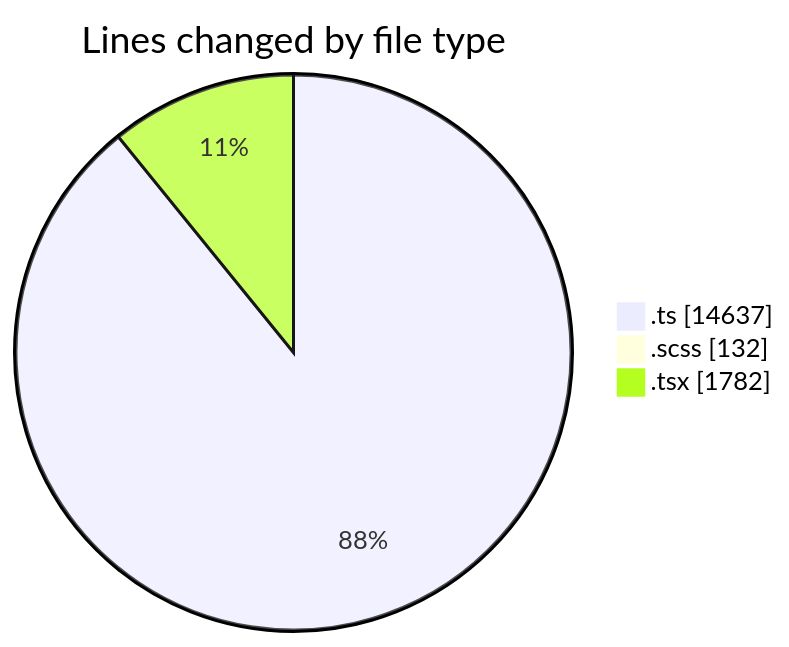
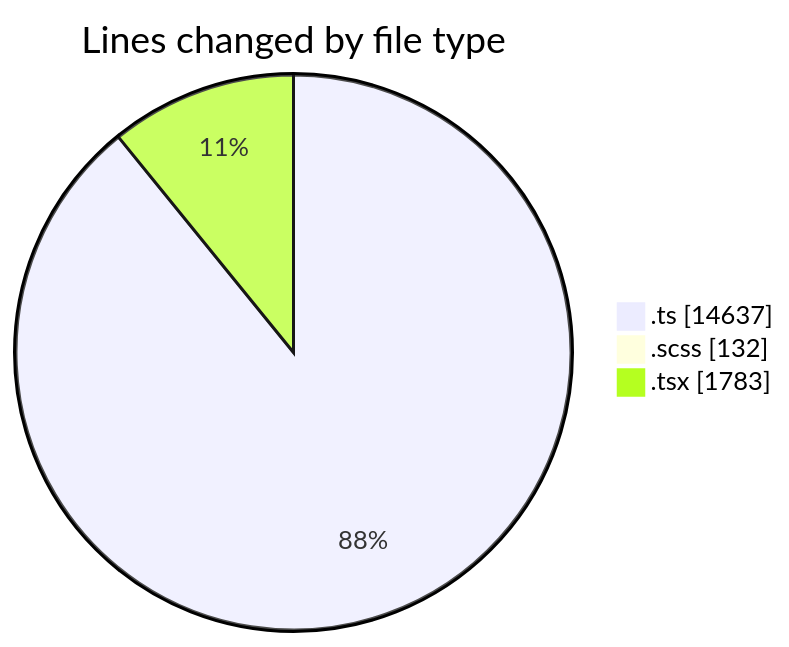
One commit to momahboobian/code-tracking changed the first of 2 diagrams in 2025-08-27/cda/README.md. Above: the diagram before and after it, drawn with Mermaid. The commit also changed other lines of this file and 1 other file, not shown here.

````diff
--- a/2025-08-27/cda/README.md
+++ b/2025-08-27/cda/README.md
@@ -28,7 +28,7 @@
 ```mermaid
 pie showData
 title Lines changed by file type
 ".ts" : 14637
 ".scss" : 132
-".tsx" : 1782
+".tsx" : 1783
 ```
````
